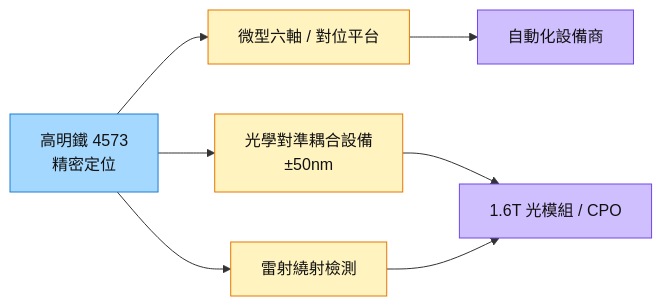
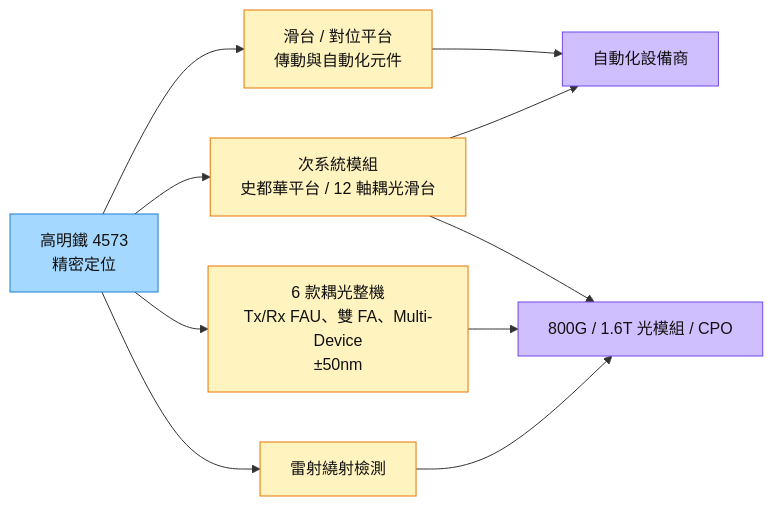
Before and after one commit to kevn950324/wiki_Stockv2: the diagram in content/lib/1.company/TW/4573_高明鐵（櫃）.md, drawn with Mermaid. The commit also changed other lines of this file and 19 other files, not shown here.

````diff
--- a/content/lib/1.company/TW/4573_高明鐵（櫃）.md
+++ b/content/lib/1.company/TW/4573_高明鐵（櫃）.md
@@ -61,16 +87,19 @@
 ```mermaid
 flowchart LR
-    GM[高明鐵 4573<br/>精密定位] --> A[微型六軸 / 對位平台]
-    GM --> B[光學對準耦合設備<br/>±50nm]
+    GM[高明鐵 4573<br/>精密定位] --> A[滑台 / 對位平台<br/>傳動與自動化元件]
+    GM --> S[次系統模組<br/>史都華平台 / 12 軸耦光滑台]
+    GM --> B[6 款耦光整機<br/>Tx/Rx FAU、雙 FA、Multi-Device<br/>±50nm]
     GM --> C[雷射繞射檢測]
     A --> D[自動化設備商]
-    B --> E[1.6T 光模組 / CPO]
+    S --> D
+    S --> E
+    B --> E[800G / 1.6T 光模組 / CPO]
     C --> E
 
     classDef co fill:#a5d8ff,stroke:#1c7ed6,color:#111
     classDef prod fill:#fff3bf,stroke:#e67700,color:#111
     classDef app fill:#d0bfff,stroke:#7048e8,color:#111
     class GM co
-    class A,B,C prod
+    class A,S,B,C prod
     class D,E app
 ```
````
